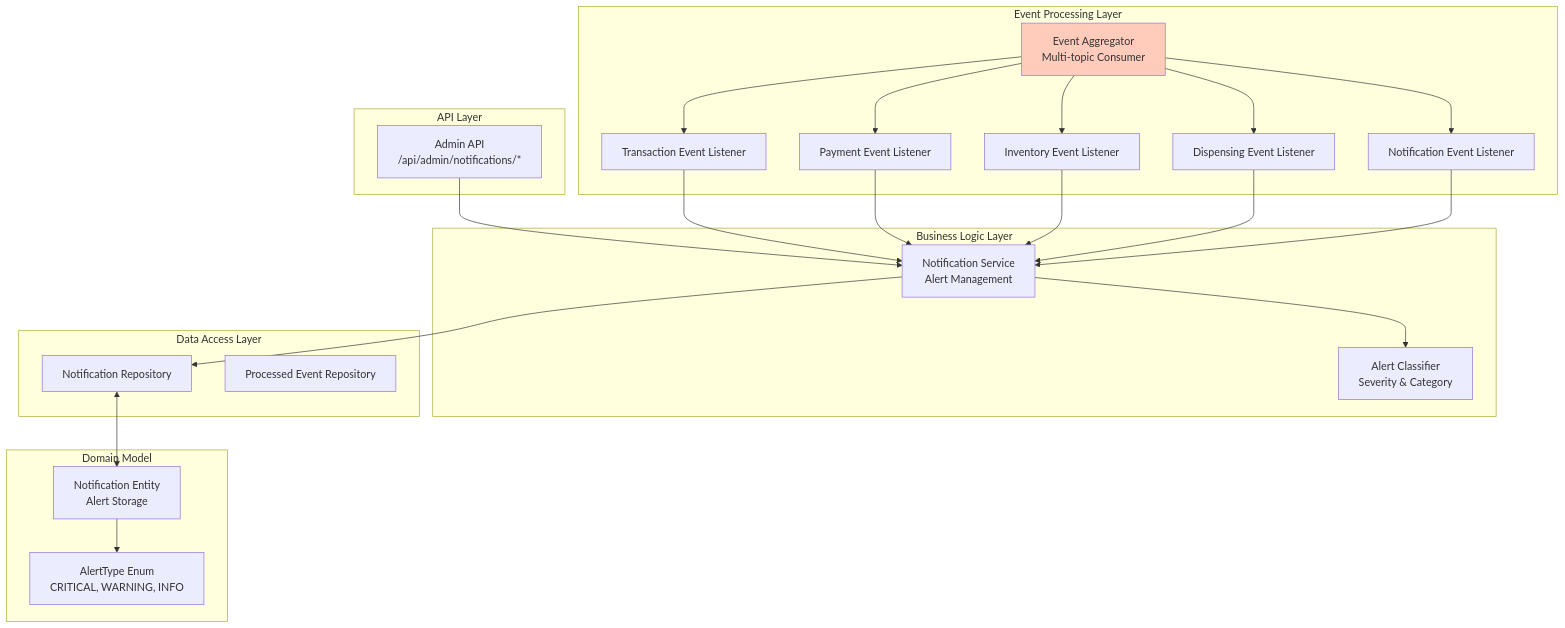
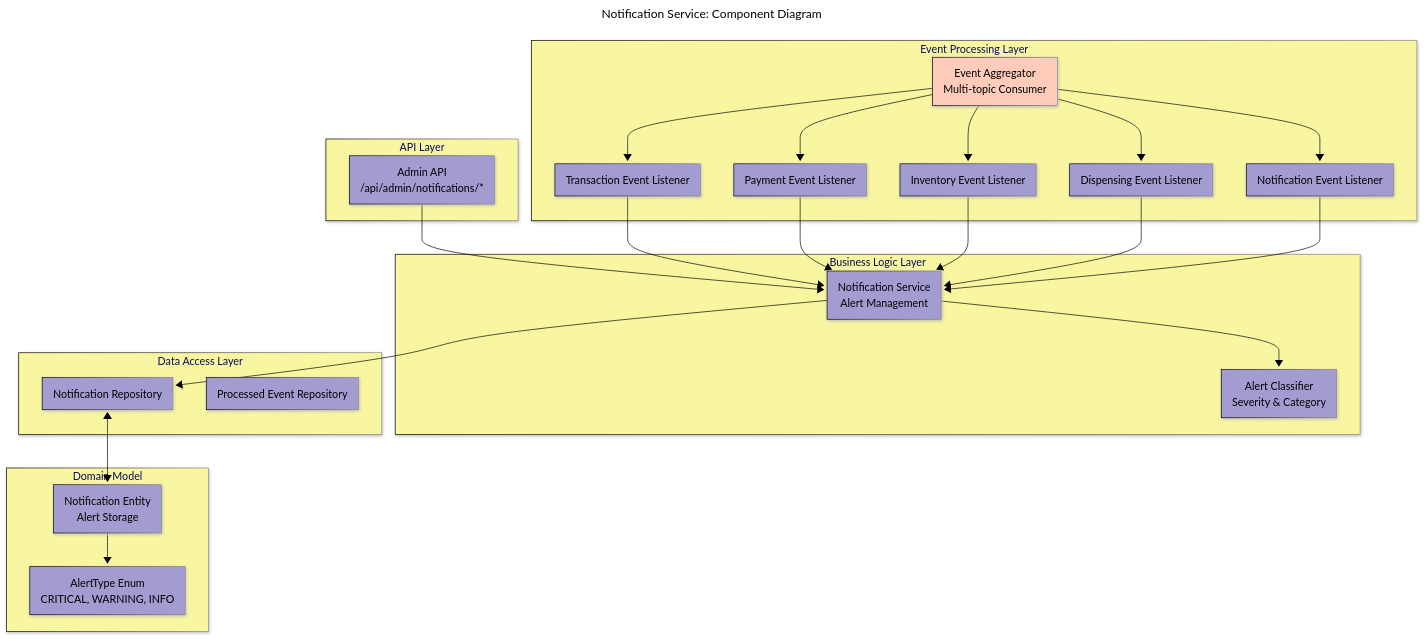
One commit to BrunoGil-AS/Vending-Machine-Microservices changed the second of 8 diagrams in Documentation/diagrams/notification-service.md. Above: the diagram before and after it, drawn with Mermaid. The commit also changed other lines of this file and 7 other files, not shown here.

Commit message:
docs: Update service diagrams with new configurations and titles

````diff
--- a/Documentation/diagrams/notification-service.md
+++ b/Documentation/diagrams/notification-service.md
@@ -55,52 +69,66 @@
 ```mermaid
+---
+config:
+  theme: base
+  themeVariables:
+    primaryColor: '#a39cd1ff'
+    primaryTextColor: '#000000'
+    secondaryTextColor: '#ffffffff'
+    primaryBorderColor: '#000000'
+    lineColor: '#000000ff'
+    secondaryColor: '#90b590ff'
+    tertiaryColor: '#f9f6a1ff'
+  look: neo
+title: 'Notification Service: Component Diagram'
+---
 graph TB
     subgraph "API Layer"
         ADMIN_API[Admin API<br/>/api/admin/notifications/*]
     end
 
     subgraph "Business Logic Layer"
         NOTIFICATION_SERVICE[Notification Service<br/>Alert Management]
         ALERT_CLASSIFIER[Alert Classifier<br/>Severity & Category]
     end
 
     subgraph "Event Processing Layer"
         EVENT_AGGREGATOR[Event Aggregator<br/>Multi-topic Consumer]
         TRANSACTION_LISTENER[Transaction Event Listener]
         PAYMENT_LISTENER[Payment Event Listener]
         INVENTORY_LISTENER[Inventory Event Listener]
         DISPENSING_LISTENER[Dispensing Event Listener]
         NOTIFICATION_LISTENER[Notification Event Listener]
     end
 
     subgraph "Data Access Layer"
         NOTIFICATION_REPO[Notification Repository]
         PROCESSED_EVENT_REPO[Processed Event Repository]
     end
 
     subgraph "Domain Model"
         NOTIFICATION[Notification Entity<br/>Alert Storage]
         ALERT_TYPE[AlertType Enum<br/>CRITICAL, WARNING, INFO]
     end
 
     ADMIN_API --> NOTIFICATION_SERVICE
 
     NOTIFICATION_SERVICE --> ALERT_CLASSIFIER
     NOTIFICATION_SERVICE --> NOTIFICATION_REPO
 
     EVENT_AGGREGATOR --> TRANSACTION_LISTENER
     EVENT_AGGREGATOR --> PAYMENT_LISTENER
     EVENT_AGGREGATOR --> INVENTORY_LISTENER
     EVENT_AGGREGATOR --> DISPENSING_LISTENER
     EVENT_AGGREGATOR --> NOTIFICATION_LISTENER
 
     TRANSACTION_LISTENER --> NOTIFICATION_SERVICE
     PAYMENT_LISTENER --> NOTIFICATION_SERVICE
     INVENTORY_LISTENER --> NOTIFICATION_SERVICE
     DISPENSING_LISTENER --> NOTIFICATION_SERVICE
     NOTIFICATION_LISTENER --> NOTIFICATION_SERVICE
 
     NOTIFICATION_REPO <--> NOTIFICATION
     NOTIFICATION --> ALERT_TYPE
 
     style EVENT_AGGREGATOR fill:#ffccbc
 ```
````
